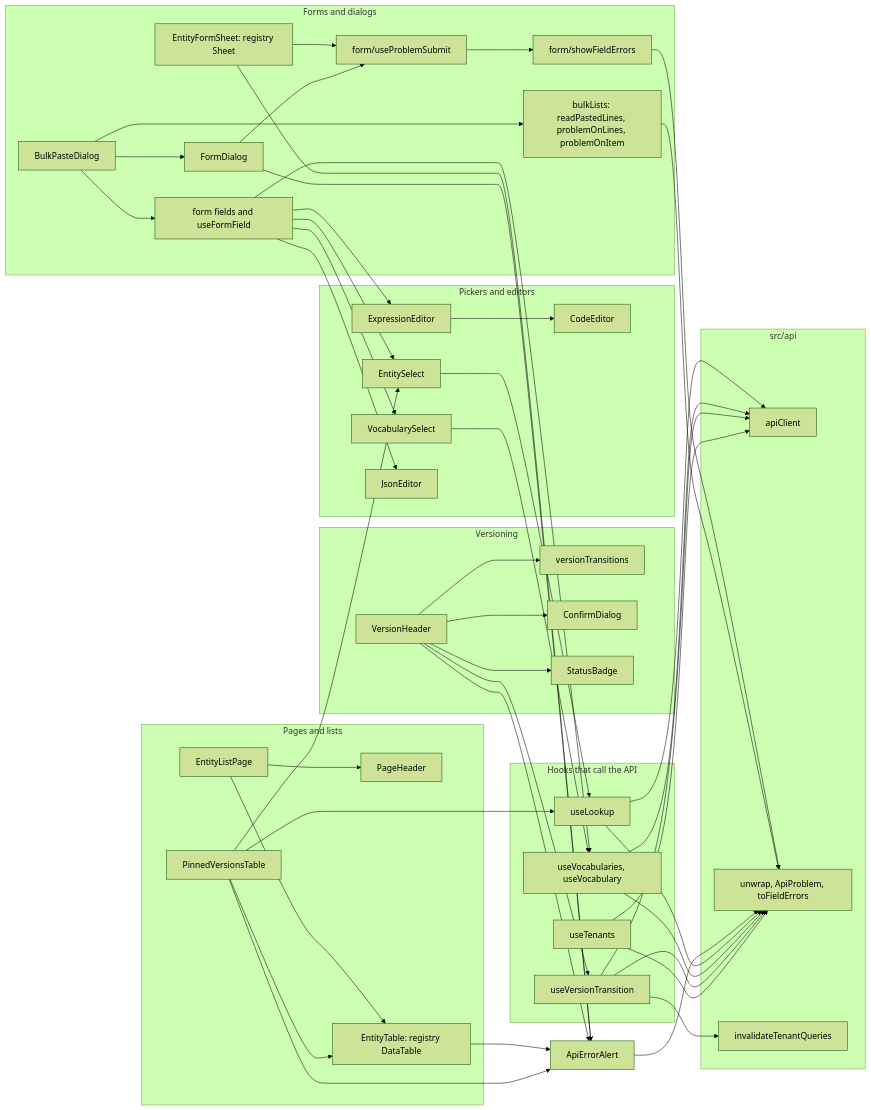
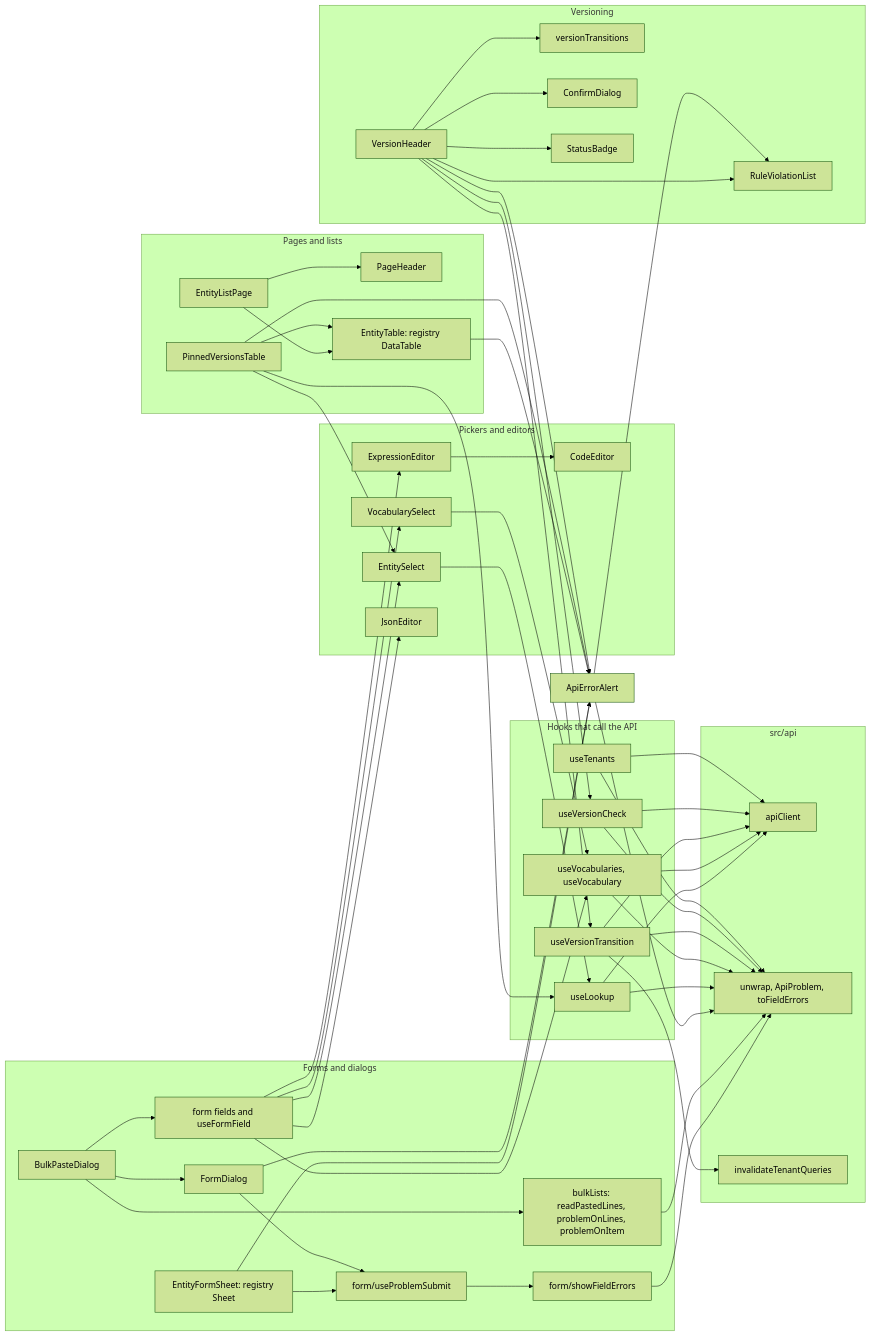
One commit to chrisaliotta/Quantalytix.QueryEngine.Admin changed the ninth of 9 diagrams in web/docs/architecture/03-how-it-works.md. Above: the diagram before and after it, drawn with Mermaid (forest theme). The commit also changed other lines of this file and 390 other files, not shown here.

First line of the commit message:
feat: enhance API documentation and architecture for versioning and assumption sets

````diff
--- a/web/docs/architecture/03-how-it-works.md
+++ b/web/docs/architecture/03-how-it-works.md
@@ -441,6 +448,7 @@
         Transitions["versionTransitions"]
         ConfirmDialog["ConfirmDialog"]
         StatusBadge["StatusBadge"]
+        RuleViolationList["RuleViolationList"]
     end
     subgraph pickerBlocks ["Pickers and editors"]
         EntitySelect["EntitySelect"]
@@ -453,6 +461,7 @@
         UseLookup["useLookup"]
         UseVocabularies["useVocabularies, useVocabulary"]
         UseVersionTransition["useVersionTransition"]
+        UseVersionCheck["useVersionCheck"]
         UseTenants["useTenants"]
     end
     ApiErrorAlert["ApiErrorAlert"]
@@ -489,16 +498,21 @@
     VersionHeader --> StatusBadge
     VersionHeader --> ApiErrorAlert
     VersionHeader --> UseVersionTransition
+    VersionHeader --> UseVersionCheck
+    VersionHeader --> RuleViolationList
+    ApiErrorAlert --> RuleViolationList
     EntitySelect --> UseLookup
     VocabularySelect --> UseVocabularies
     ApiErrorAlert --> ProblemDetails
     UseLookup --> ApiClient
     UseVocabularies --> ApiClient
     UseVersionTransition --> ApiClient
+    UseVersionCheck --> ApiClient
     UseTenants --> ApiClient
     UseLookup --> ProblemDetails
     UseVocabularies --> ProblemDetails
     UseVersionTransition --> ProblemDetails
+    UseVersionCheck --> ProblemDetails
     UseTenants --> ProblemDetails
     UseVersionTransition --> Invalidate
 ```
````
